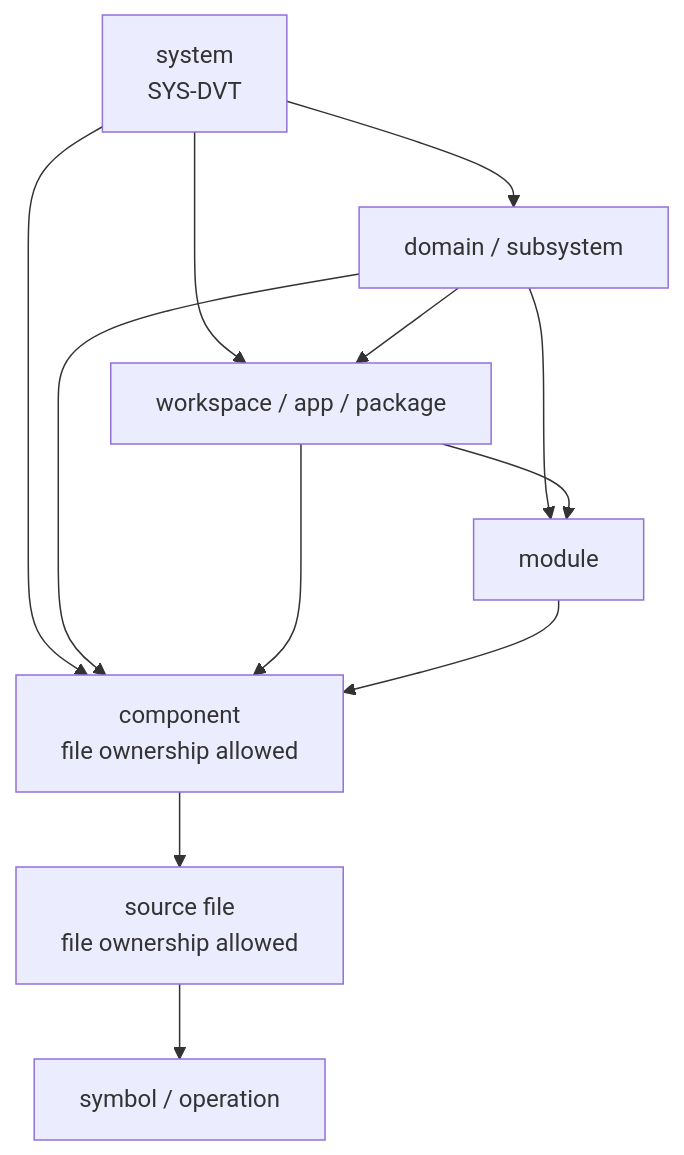
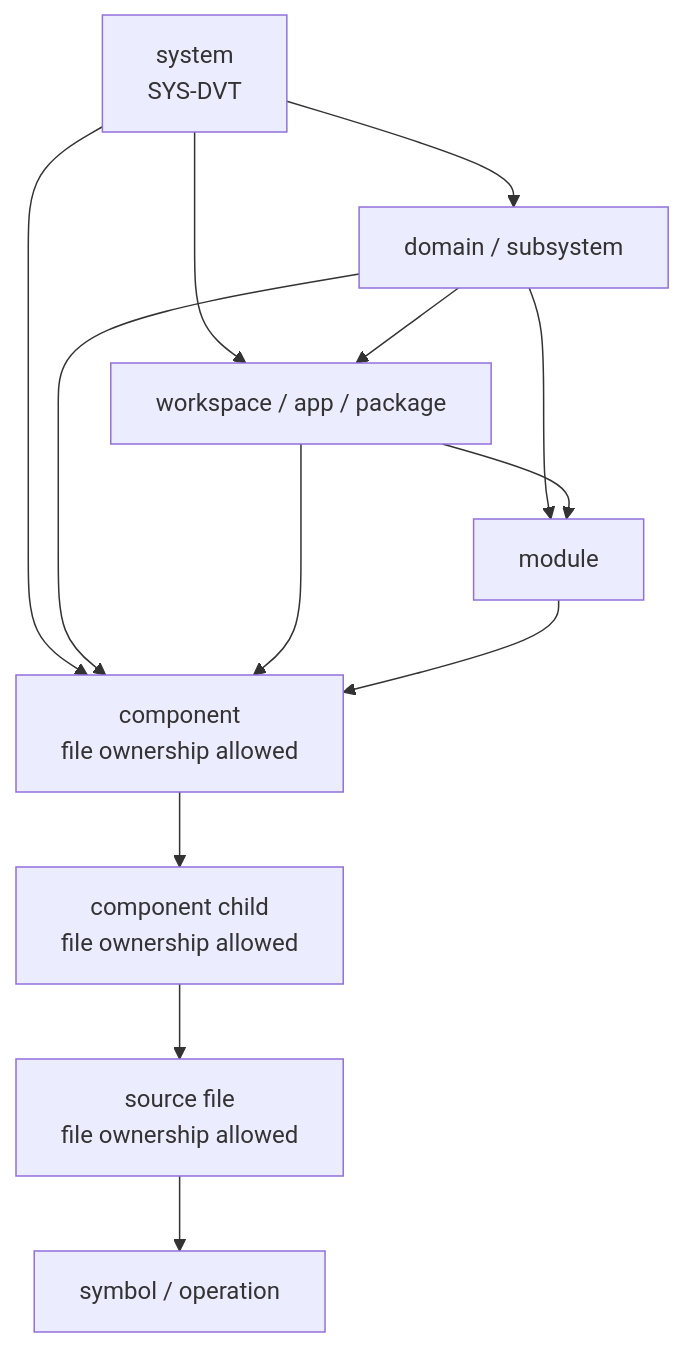
One commit to dunay2/dvt changed the diagram in docs/planning/status/system-governance-unit-taxonomy-20260501.md. Above: the diagram before and after it, drawn with Mermaid. The commit also changed other lines of this file and 18 other files, not shown here.

````diff
--- a/docs/planning/status/system-governance-unit-taxonomy-20260501.md
+++ b/docs/planning/status/system-governance-unit-taxonomy-20260501.md
@@ -39,22 +40,24 @@
 ```mermaid
 flowchart TB
   SYS["system<br/>SYS-DVT"]
   DOMAIN["domain / subsystem"]
   WORKSPACE["workspace / app / package"]
   MODULE["module"]
   COMPONENT["component<br/>file ownership allowed"]
+  COMPONENT_CHILD["component child<br/>file ownership allowed"]
   SOURCE["source file<br/>file ownership allowed"]
   SYMBOL["symbol / operation"]
 
   SYS --> DOMAIN
   SYS --> WORKSPACE
   SYS --> COMPONENT
   DOMAIN --> WORKSPACE
   DOMAIN --> MODULE
   DOMAIN --> COMPONENT
   WORKSPACE --> MODULE
   WORKSPACE --> COMPONENT
   MODULE --> COMPONENT
-  COMPONENT --> SOURCE
+  COMPONENT --> COMPONENT_CHILD
+  COMPONENT_CHILD --> SOURCE
   SOURCE --> SYMBOL
 ```
````
